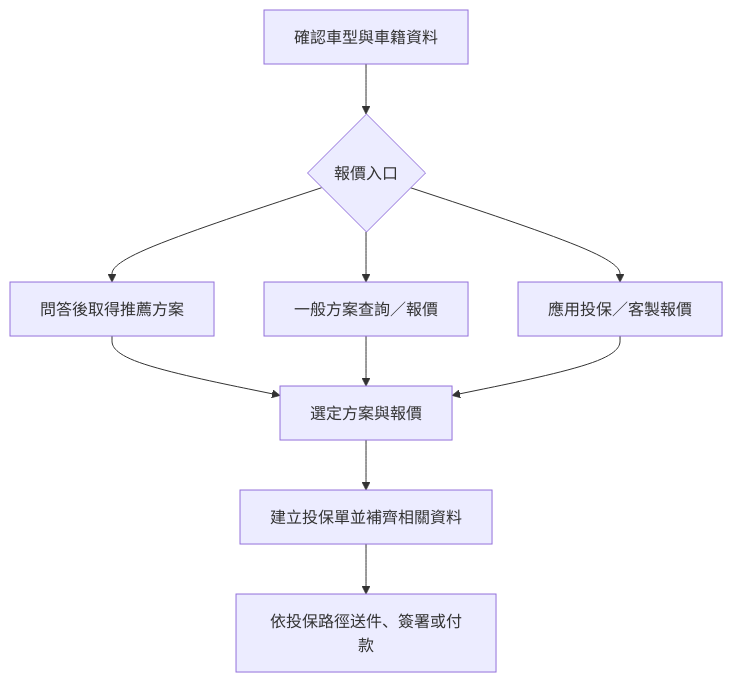
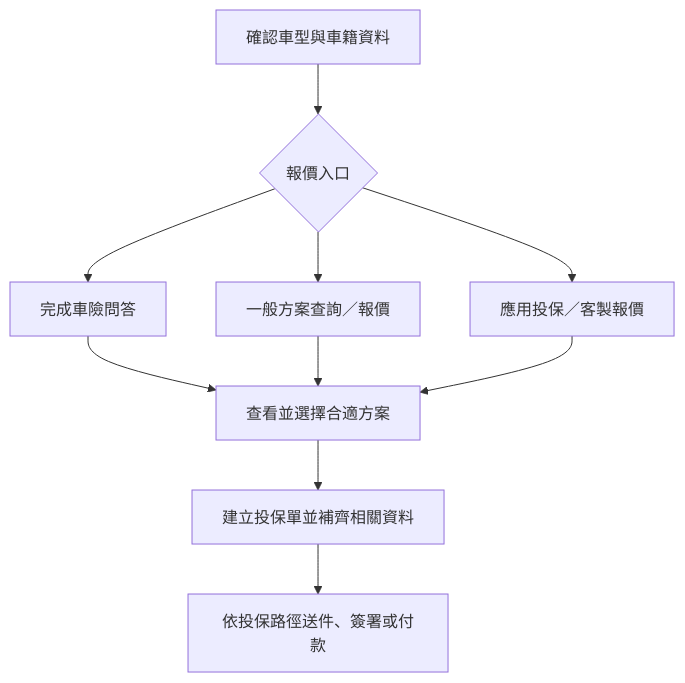
The first of 2 diagrams in README.md (highhao/insurance-saas-platform), drawn with Mermaid before and after one commit.

Commit message:
Show car questionnaire in its quote path

````diff
--- a/README.md
+++ b/README.md
@@ -9,12 +9,12 @@
 ```mermaid
 flowchart TB
     A[確認車型與車籍資料] --> B{報價入口}
-    B --> C[問答後取得推薦方案]
+    B --> C[完成車險問答]
     B --> D[一般方案查詢／報價]
     B --> E[應用投保／客製報價]
-    C --> F[選定方案與報價]
+    C --> F[查看並選擇合適方案]
     D --> F
     E --> F
     F --> G[建立投保單並補齊相關資料]
     G --> H[依投保路徑送件、簽署或付款]
 ```
````
